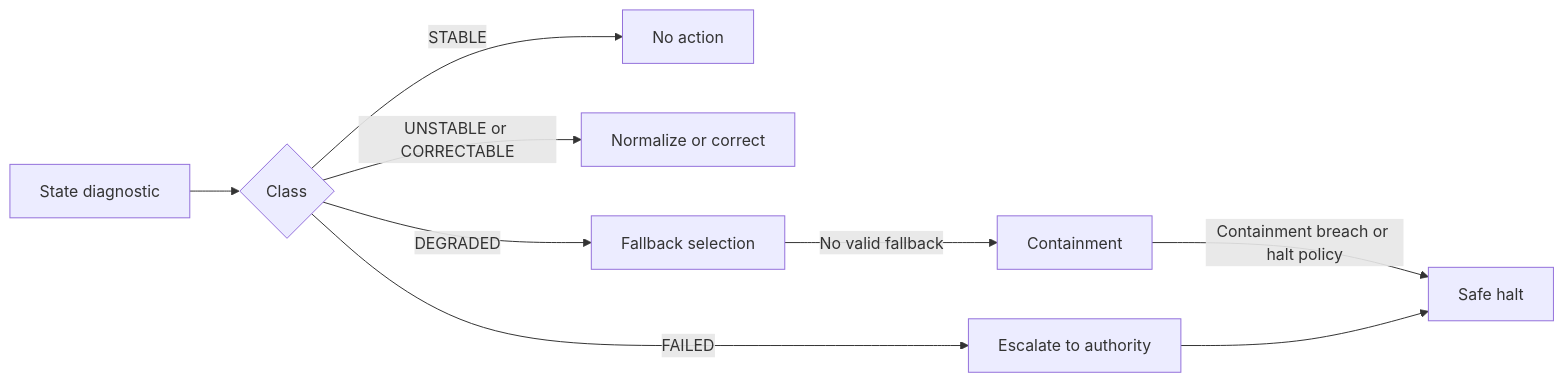
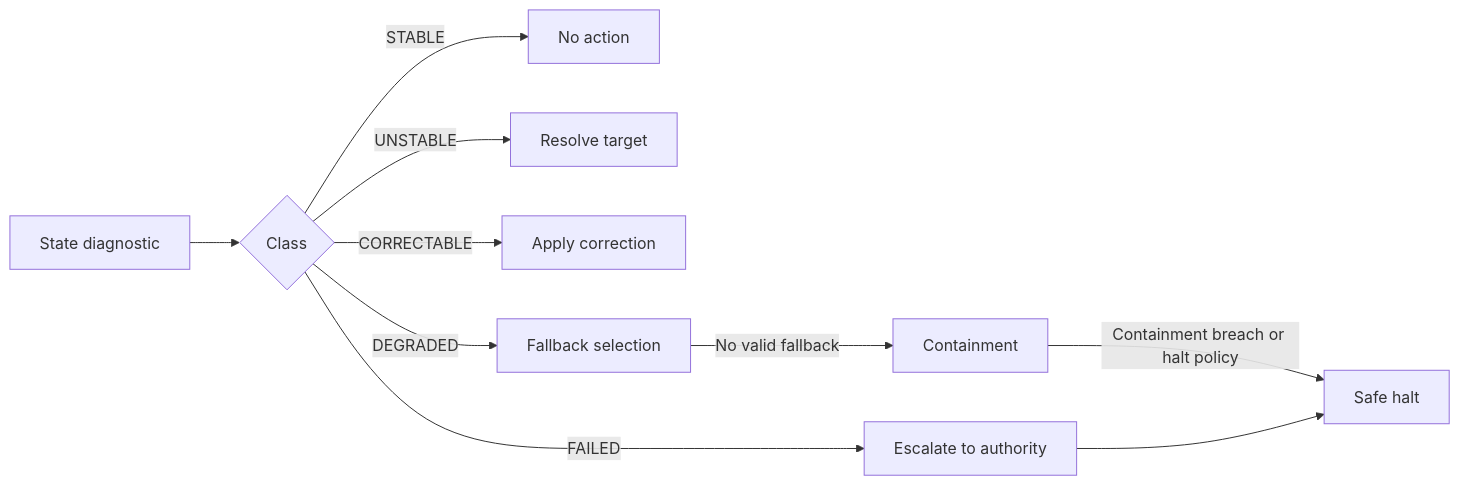
The diagram in wiki/Recovery-and-Safety-Semantics.md (flynn33/ASH-Pattern-System), drawn with Mermaid before and after one commit. The commit also changed other lines of this file and 144 other files, not shown here.

````diff
--- a/wiki/Recovery-and-Safety-Semantics.md
+++ b/wiki/Recovery-and-Safety-Semantics.md
@@ -19,11 +21,12 @@
 ```mermaid
 flowchart LR
     A[State diagnostic] --> B{Class}
     B -->|STABLE| C[No action]
-    B -->|UNSTABLE or CORRECTABLE| D[Normalize or correct]
+    B -->|UNSTABLE| D[Resolve target]
+    B -->|CORRECTABLE| I[Apply correction]
     B -->|DEGRADED| E[Fallback selection]
     E -->|No valid fallback| F[Containment]
     F -->|Containment breach or halt policy| G[Safe halt]
     B -->|FAILED| H[Escalate to authority]
     H --> G
 ```
````
